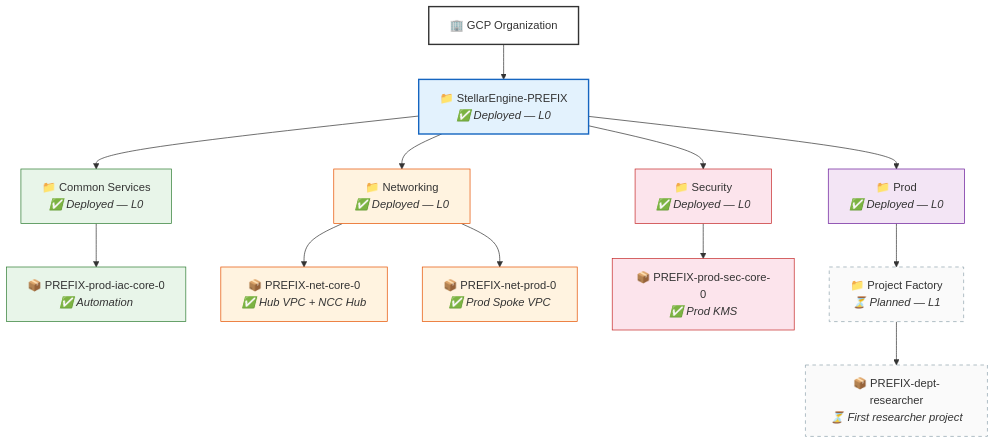
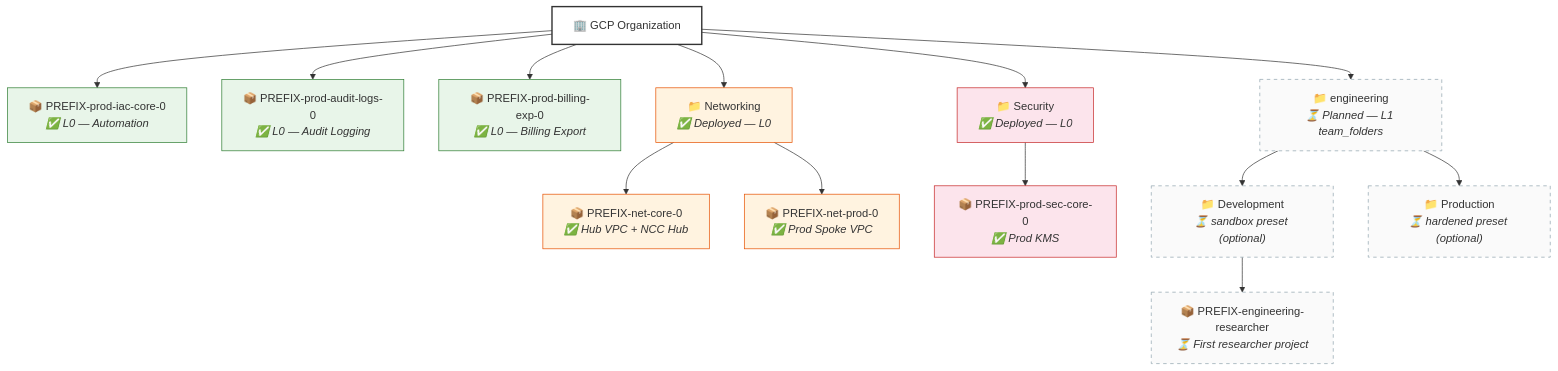
One commit to WandLZhang/fast-science-1-researcher-lab changed the second of 2 diagrams in README.md. Above: the diagram before and after it, drawn with Mermaid. The commit also changed other lines of this file and 3 other files, not shown here.

First line of the commit message:
feat(resman): drop Teams/ wrapper, folder-level sandbox/hardened presets

````diff
--- a/README.md
+++ b/README.md
@@ -61,34 +63,34 @@
 ```mermaid
 graph TB
     ORG["🏢 GCP Organization"]
 
-    ORG --> AW["📁 StellarEngine-PREFIX<br/><i>✅ Deployed — L0</i>"]
+    ORG --> P1["📦 PREFIX-prod-iac-core-0<br/><i>✅ L0 — Automation</i>"]
+    ORG --> P2["📦 PREFIX-prod-audit-logs-0<br/><i>✅ L0 — Audit Logging</i>"]
+    ORG --> P3["📦 PREFIX-prod-billing-exp-0<br/><i>✅ L0 — Billing Export</i>"]
 
-    AW --> CS["📁 Common Services<br/><i>✅ Deployed — L0</i>"]
-    AW --> NET["📁 Networking<br/><i>✅ Deployed — L0</i>"]
-    AW --> SEC["📁 Security<br/><i>✅ Deployed — L0</i>"]
-    AW --> PROD["📁 Prod<br/><i>✅ Deployed — L0</i>"]
-
-    CS --> P1["📦 PREFIX-prod-iac-core-0<br/><i>✅ Automation</i>"]
-
+    ORG --> NET["📁 Networking<br/><i>✅ Deployed — L0</i>"]
     NET --> P4["📦 PREFIX-net-core-0<br/><i>✅ Hub VPC + NCC Hub</i>"]
     NET --> P5["📦 PREFIX-net-prod-0<br/><i>✅ Prod Spoke VPC</i>"]
 
+    ORG --> SEC["📁 Security<br/><i>✅ Deployed — L0</i>"]
     SEC --> P9["📦 PREFIX-prod-sec-core-0<br/><i>✅ Prod KMS</i>"]
 
-    PROD --> PF["📁 Project Factory<br/><i>⏳ Planned — L1</i>"]
-    PF --> RP1["📦 PREFIX-dept-researcher<br/><i>⏳ First researcher project</i>"]
+    ORG --> ENG["📁 engineering<br/><i>⏳ Planned — L1 team_folders</i>"]
+    ENG --> ENGD["📁 Development<br/><i>⏳ sandbox preset (optional)</i>"]
+    ENG --> ENGP["📁 Production<br/><i>⏳ hardened preset (optional)</i>"]
+    ENGD --> RP1["📦 PREFIX-engineering-researcher<br/><i>⏳ First researcher project</i>"]
 
     style ORG fill:#fff,stroke:#333,stroke-width:2px
-    style AW fill:#e3f2fd,stroke:#1565c0,stroke-width:2px
-    style CS fill:#e8f5e9,stroke:#2e7d32
     style NET fill:#fff3e0,stroke:#e65100
     style SEC fill:#fce4ec,stroke:#c62828
-    style PROD fill:#f3e5f5,stroke:#6a1b9a
     style P1 fill:#e8f5e9,stroke:#2e7d32
+    style P2 fill:#e8f5e9,stroke:#2e7d32
+    style P3 fill:#e8f5e9,stroke:#2e7d32
     style P4 fill:#fff3e0,stroke:#e65100
     style P5 fill:#fff3e0,stroke:#e65100
     style P9 fill:#fce4ec,stroke:#c62828
-    style PF stroke-dasharray: 5 5,stroke:#90a4ae,fill:#fafafa
+    style ENG stroke-dasharray: 5 5,stroke:#90a4ae,fill:#fafafa
+    style ENGD stroke-dasharray: 5 5,stroke:#90a4ae,fill:#fafafa
+    style ENGP stroke-dasharray: 5 5,stroke:#90a4ae,fill:#fafafa
     style RP1 stroke-dasharray: 5 5,stroke:#90a4ae,fill:#fafafa
 ```
````
